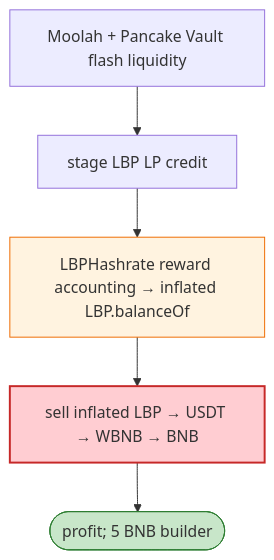
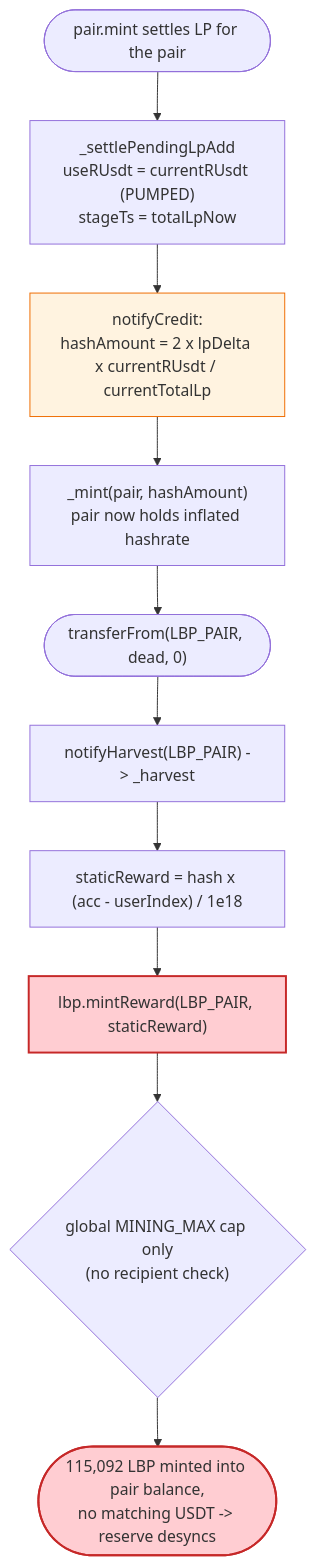
The third of 4 diagrams in 2026-06-LBP_exp/LBP_exp.md (sanbir/evm-hack-registry), drawn with Mermaid before and after one commit. The commit also changed other lines of this file and 32 other files, not shown here.

````diff
--- a/2026-06-LBP_exp/LBP_exp.md
+++ b/2026-06-LBP_exp/LBP_exp.md
@@ -39,11 +397,16 @@
 ```mermaid
 flowchart TD
-    FL["Moolah + Pancake Vault flash liquidity"] --> ST["stage LBP LP credit"]
-    ST --> HR["LBPHashrate reward accounting → inflated LBP.balanceOf"]
-    HR --> SW["sell inflated LBP → USDT → WBNB → BNB"]
-    SW --> OUT(["profit; 5 BNB builder"])
+    Start(["pair.mint settles LP for the pair"]) --> Settle["_settlePendingLpAdd<br/>useRUsdt = currentRUsdt (PUMPED)<br/>stageTs = totalLpNow"]
+    Settle --> Credit["notifyCredit:<br/>hashAmount = 2 x lpDelta x currentRUsdt / currentTotalLp"]
+    Credit --> Mint1["_mint(pair, hashAmount)<br/>pair now holds inflated hashrate"]
+    Mint1 --> Poke(["transferFrom(LBP_PAIR, dead, 0)"])
+    Poke --> Harv["notifyHarvest(LBP_PAIR) -> _harvest"]
+    Harv --> Calc["staticReward = hash x (acc - userIndex) / 1e18"]
+    Calc --> Mint2["lbp.mintReward(LBP_PAIR, staticReward)"]
+    Mint2 --> Cap{"global MINING_MAX cap only<br/>(no recipient check)"}
+    Cap --> Broken(["115,092 LBP minted into pair balance,<br/>no matching USDT -> reserve desyncs"])
 
-    style HR fill:#fff3e0,stroke:#ef6c00
-    style SW fill:#ffcdd2,stroke:#c62828,stroke-width:2px
-    style OUT fill:#c8e6c9,stroke:#2e7d32
+    style Credit fill:#fff3e0,stroke:#ef6c00
+    style Mint2 fill:#ffcdd2,stroke:#c62828,stroke-width:2px
+    style Broken fill:#ffcdd2,stroke:#c62828,stroke-width:2px
 ```
````
